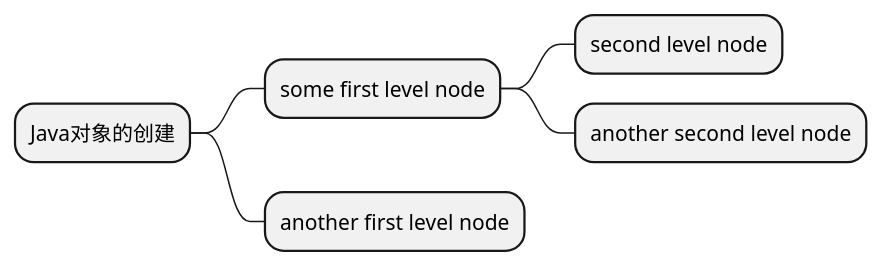
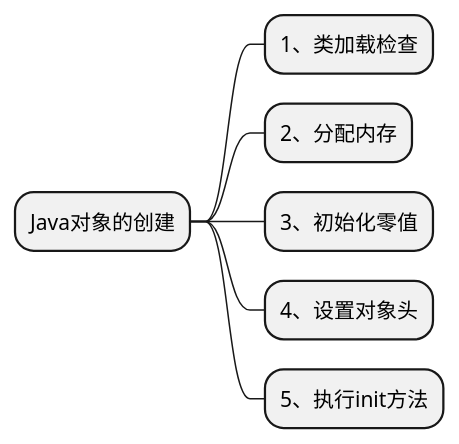
The diagram in source/_posts/jvm02.md (stanedward1/hexo), drawn with PlantUML before and after one commit.

Commit message:
完善思维导图

````diff
--- a/source/_posts/jvm02.md
+++ b/source/_posts/jvm02.md
@@ -12,9 +12,10 @@
 ```plantuml
 @startmindmap
 * Java对象的创建
-	* some first level node
-		* second level node
-		* another second level node
-	* another first level node
+	* 1、类加载检查
+	* 2、分配内存
+	* 3、初始化零值
+	* 4、设置对象头
+	* 5、执行init方法
 @endmindmap
 ```
````
